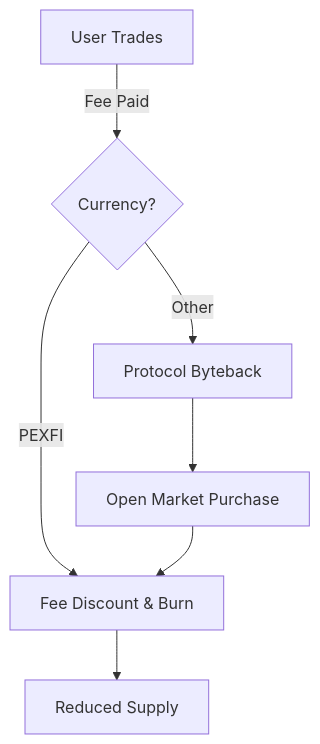
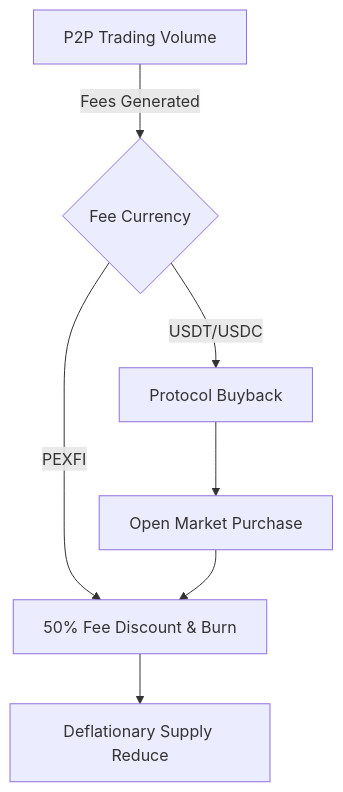
The diagram in docs/vision/tokenomics.mdx (dappvibe/pexfi), drawn with Mermaid before and after one commit. The commit also changed other lines of this file and 5 other files, not shown here.

````diff
--- a/docs/vision/tokenomics.mdx
+++ b/docs/vision/tokenomics.mdx
@@ -17,9 +18,9 @@
 ```mermaid
 graph TD
-    A[User Trades] -->|Fee Paid| B{Currency?}
-    B -->|PEXFI| C[Fee Discount & Burn]
-    B -->|Other| D[Protocol Byteback]
+    A[P2P Trading Volume] -->|Fees Generated| B{Fee Currency}
+    B -->|PEXFI| C[50% Fee Discount & Burn]
+    B -->|USDT/USDC| D[Protocol Buyback]
     D --> E[Open Market Purchase]
     E --> C
-    C --> F[Reduced Supply]
+    C --> F[Deflationary Supply Reduce]
 ```
````
